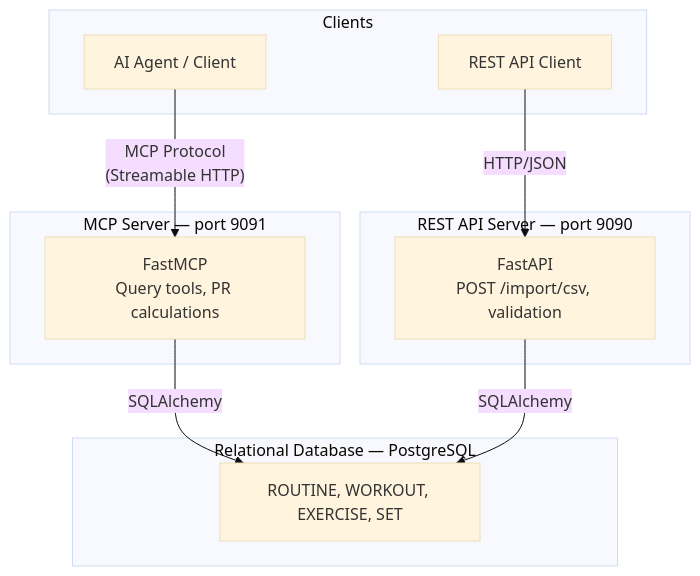
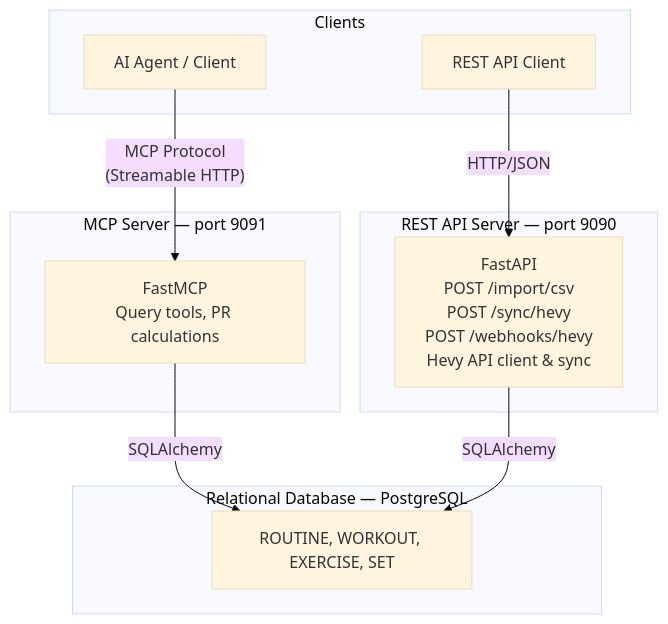
Before and after one commit to Ramir0/workout-mcp: the second of 3 diagrams in README.md, drawn with Mermaid (base theme). The commit also changed other lines of this file and 1 other file, not shown here.

Commit message:
docs: update README and AGENTS for on-demand sync endpoint

````diff
--- a/README.md
+++ b/README.md
@@ -107,24 +108,24 @@
 ```mermaid
 flowchart TB
     subgraph Clients["Clients"]
         AI[AI Agent / Client]
         REST[REST API Client]
     end
 
     subgraph MCP["MCP Server — port 9091"]
         MCP_APP[FastMCP<br/>Query tools, PR calculations]
     end
 
     subgraph API["REST API Server — port 9090"]
-        API_APP[FastAPI<br/>POST /import/csv, validation]
+        API_APP[FastAPI<br/>POST /import/csv<br/>POST /sync/hevy<br/>POST /webhooks/hevy<br/>Hevy API client & sync]
     end
 
     subgraph DB["Relational Database — PostgreSQL"]
         TABLES[ROUTINE, WORKOUT, EXERCISE, SET]
     end
 
     AI -->|"MCP Protocol<br/>(Streamable HTTP)"| MCP_APP
     REST -->|"HTTP/JSON"| API_APP
     MCP_APP -->|SQLAlchemy| TABLES
     API_APP -->|SQLAlchemy| TABLES
 ```
````
